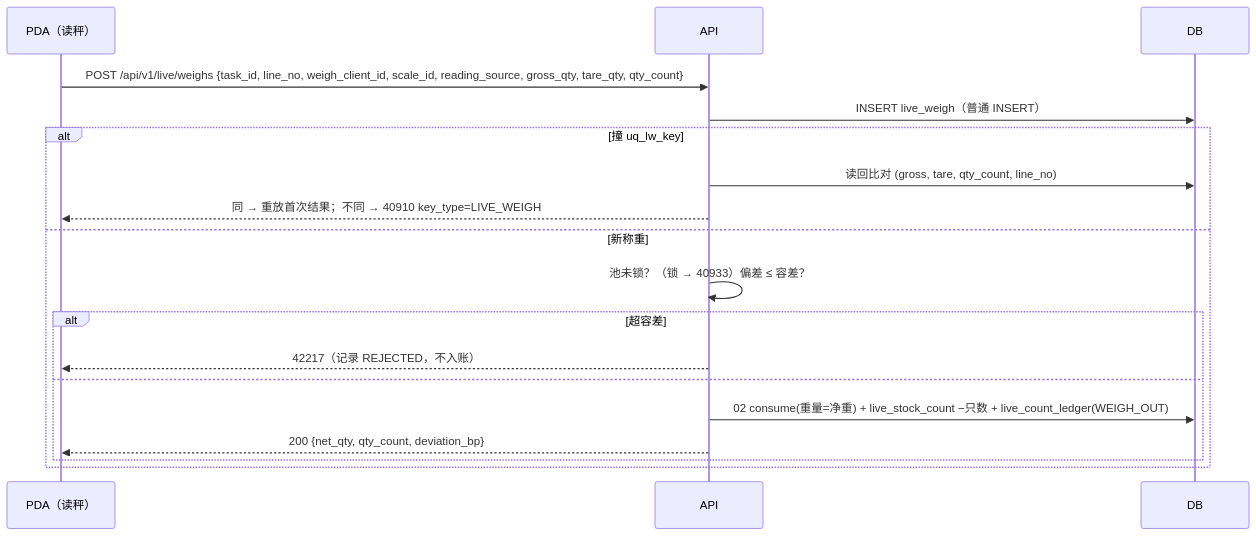
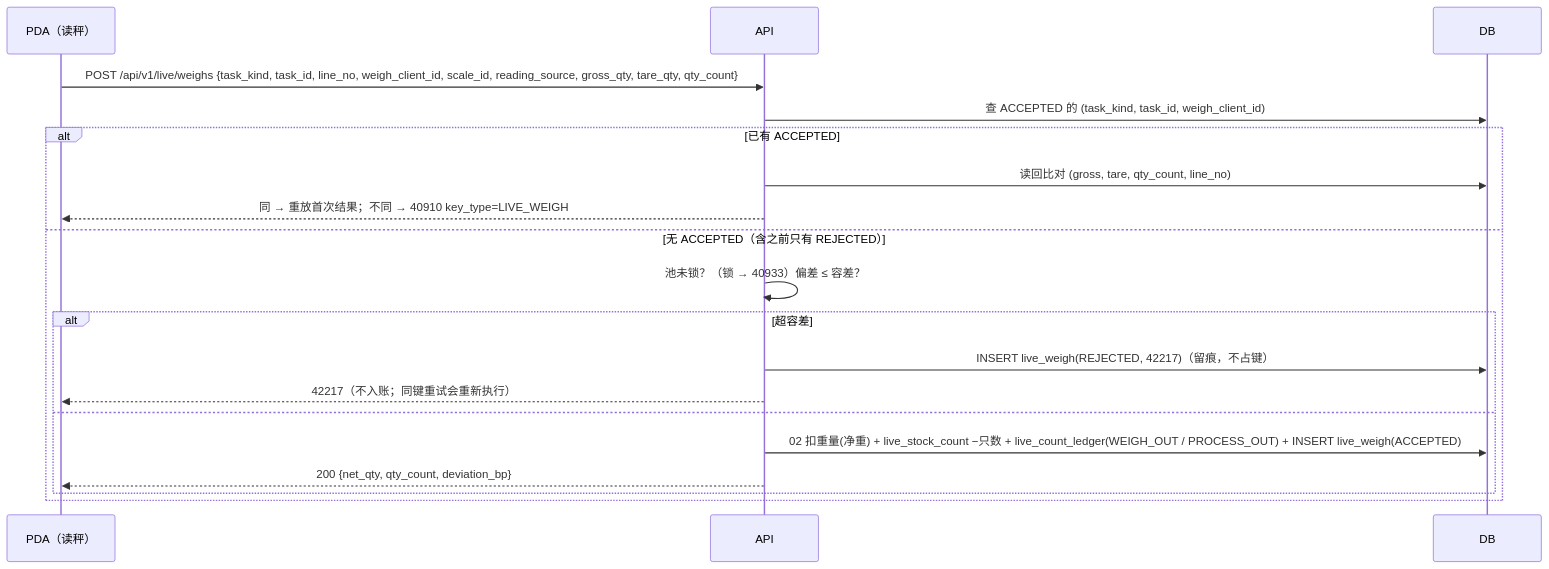
One commit to Akarin7784/fresh-wms changed the third of 3 diagrams in docs/18-活鲜暂存.md. Above: the diagram before and after it, drawn with Mermaid. The commit also changed other lines of this file and 4 other files, not shown here.

````diff
--- a/docs/18-活鲜暂存.md
+++ b/docs/18-活鲜暂存.md
@@ -156,20 +163,21 @@
 ```mermaid
 sequenceDiagram
   participant P as PDA（读秤）
   participant API
   participant DB
-  P->>API: POST /api/v1/live/weighs {task_id, line_no, weigh_client_id, scale_id, reading_source, gross_qty, tare_qty, qty_count}
-  API->>DB: INSERT live_weigh（普通 INSERT）
-  alt 撞 uq_lw_key
+  P->>API: POST /api/v1/live/weighs {task_kind, task_id, line_no, weigh_client_id, scale_id, reading_source, gross_qty, tare_qty, qty_count}
+  API->>DB: 查 ACCEPTED 的 (task_kind, task_id, weigh_client_id)
+  alt 已有 ACCEPTED
     API->>DB: 读回比对 (gross, tare, qty_count, line_no)
     API-->>P: 同 → 重放首次结果；不同 → 40910 key_type=LIVE_WEIGH
-  else 新称重
+  else 无 ACCEPTED（含之前只有 REJECTED）
     API->>API: 池未锁？（锁 → 40933）偏差 ≤ 容差？
     alt 超容差
-      API-->>P: 42217（记录 REJECTED，不入账）
+      API->>DB: INSERT live_weigh(REJECTED, 42217)（留痕，不占键）
+      API-->>P: 42217（不入账；同键重试会重新执行）
     else
-      API->>DB: 02 consume(重量=净重) + live_stock_count −只数 + live_count_ledger(WEIGH_OUT)
+      API->>DB: 02 扣重量(净重) + live_stock_count −只数 + live_count_ledger(WEIGH_OUT / PROCESS_OUT) + INSERT live_weigh(ACCEPTED)
       API-->>P: 200 {net_qty, qty_count, deviation_bp}
     end
   end
 ```
````
